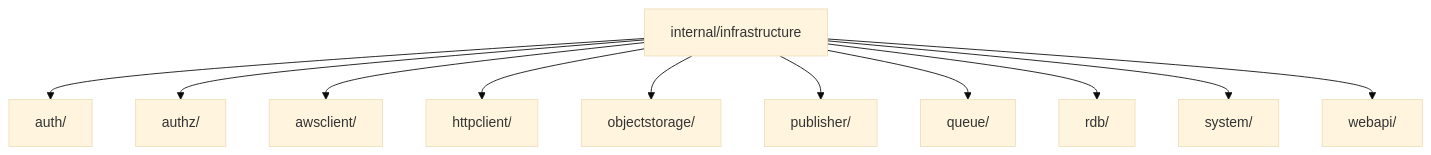
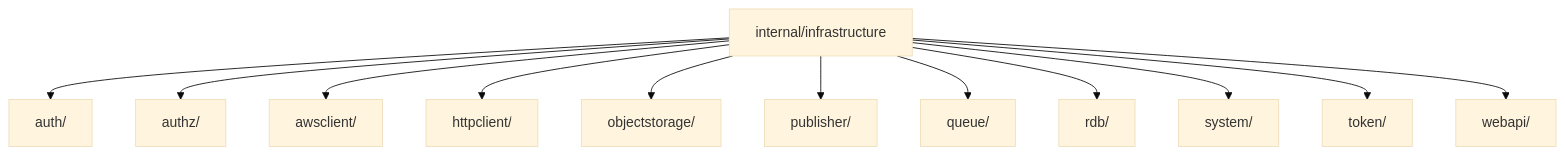
The fourth of 5 diagrams in internal/infrastructure/README.ja.md (Tomy-ch/go-boilerplate), drawn with Mermaid (base theme) before and after one commit. The commit also changed other lines of this file and 11 other files, not shown here.

````diff
--- a/internal/infrastructure/README.ja.md
+++ b/internal/infrastructure/README.ja.md
@@ -125,25 +125,27 @@
 ```mermaid
 flowchart TB
     Root["internal/infrastructure"]
     Auth["auth/"]
     Authz["authz/"]
     AwsClient["awsclient/"]
     HTTP["httpclient/"]
     ObjStorage["objectstorage/"]
     Pub["publisher/"]
     Queue["queue/"]
     RDB["rdb/"]
     Sys["system/"]
+    Token["token/"]
     Web["webapi/"]
 
     Root --> Auth
     Root --> Authz
     Root --> AwsClient
     Root --> HTTP
     Root --> ObjStorage
     Root --> Pub
     Root --> Queue
     Root --> RDB
     Root --> Sys
+    Root --> Token
     Root --> Web
 ```
````
